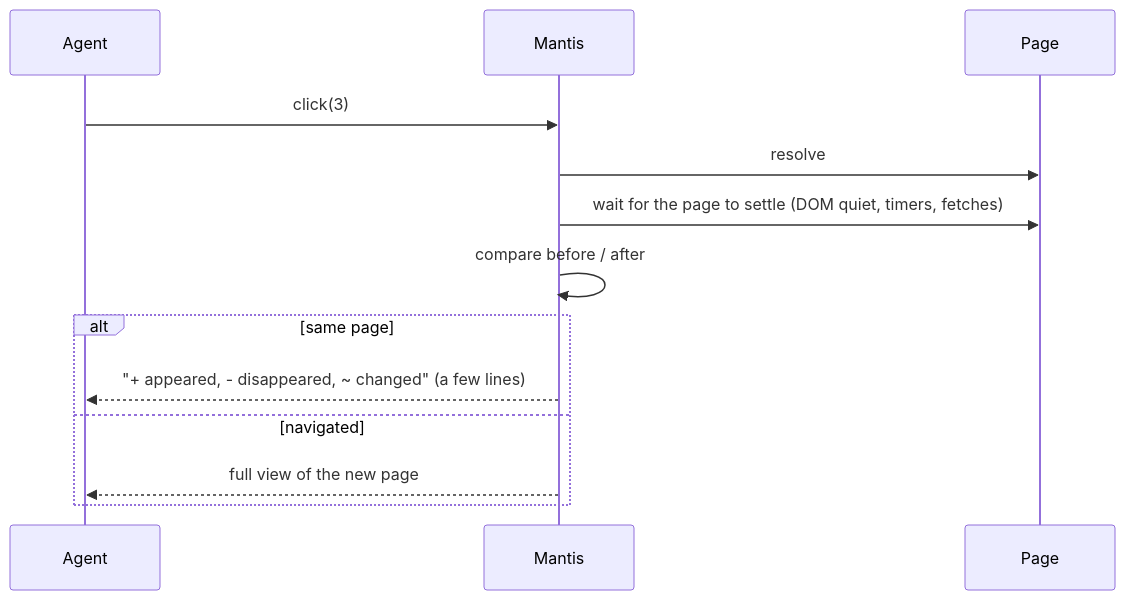
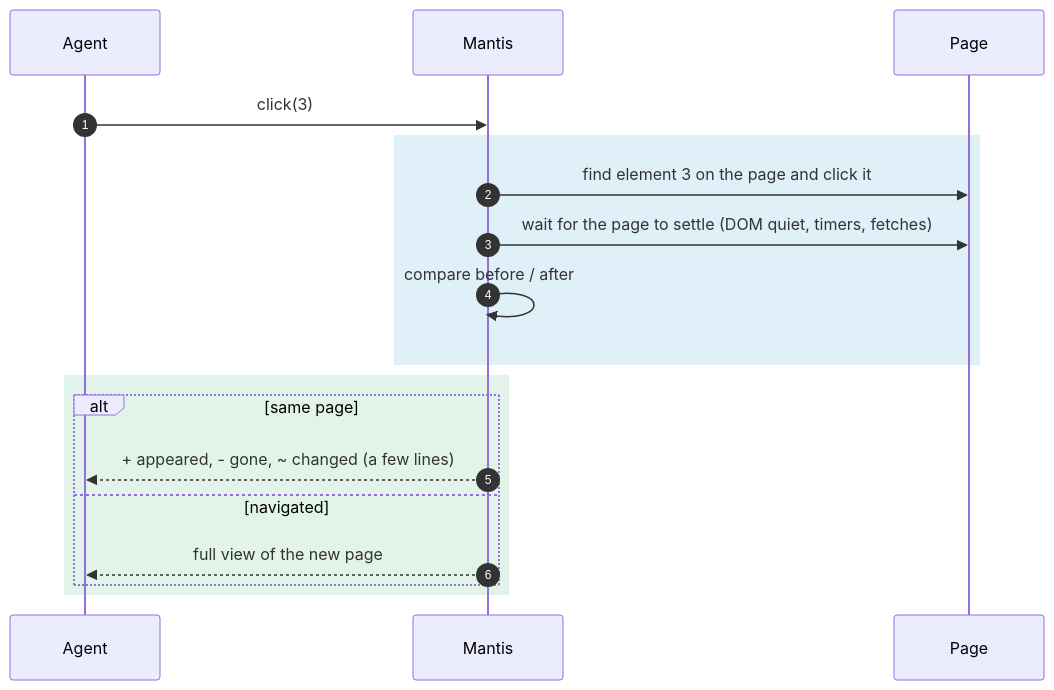
Before and after one commit to adi-devv/mantis: the third of 4 diagrams in docs/APPROACH.md, drawn with Mermaid. The commit also changed other lines of this file and 7 other files, not shown here.

First line of the commit message:
feat: finalise 0.1.1 - shorter tool list, full prose on fitting pages, cleaner diagrams

````diff
--- a/docs/APPROACH.md
+++ b/docs/APPROACH.md
@@ -95,15 +116,20 @@
 ```mermaid
 sequenceDiagram
+    autonumber
     participant A as Agent
     participant M as Mantis
     participant P as Page
     A->>M: click(3)
-    M->>P: resolve #3 to the real element, click it
-    M->>P: wait for the page to settle (DOM quiet, timers, fetches)
-    M->>M: compare before / after
-    alt same page
-        M-->>A: "+ appeared, - disappeared, ~ changed" (a few lines)
-    else navigated
-        M-->>A: full view of the new page
+    rect rgba(2, 132, 199, 0.12)
+        M->>P: find element 3 on the page and click it
+        M->>P: wait for the page to settle (DOM quiet, timers, fetches)
+        M->>M: compare before / after
+    end
+    rect rgba(22, 163, 74, 0.12)
+        alt same page
+            M-->>A: + appeared, - gone, ~ changed (a few lines)
+        else navigated
+            M-->>A: full view of the new page
+        end
     end
 ```
````
